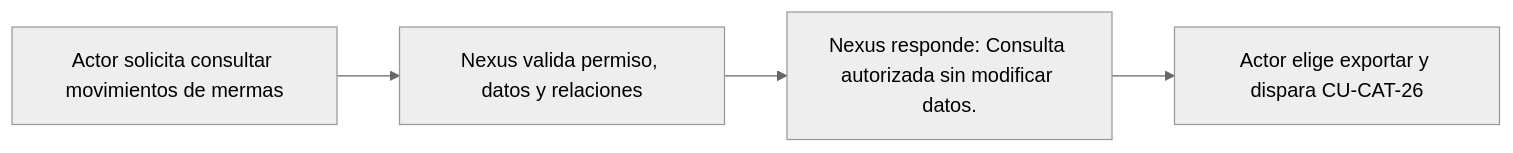
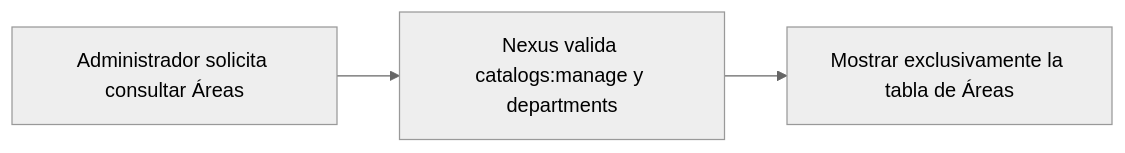
Before and after one commit to gpgsistemas01/nexus: the diagram in docs/requirements/diagrams/catalogs/cu-cat-25.md, drawn with Mermaid (neutral theme). The commit also changed other lines of this file and 207 other files, not shown here.

````diff
--- a/docs/requirements/diagrams/catalogs/cu-cat-25.md
+++ b/docs/requirements/diagrams/catalogs/cu-cat-25.md
@@ -3,6 +3,5 @@
 ```mermaid
 flowchart LR
-    request["Actor solicita consultar movimientos de mermas"] --> validate["Nexus valida permiso, datos y relaciones"]
-    validate --> result["Nexus responde: Consulta autorizada sin modificar datos."]
-    result --> report["Actor elige exportar y dispara CU-CAT-26"]
+    request["Administrador solicita consultar Áreas"] --> authorize["Nexus valida catalogs:manage y departments"]
+    authorize --> result["Mostrar exclusivamente la tabla de Áreas"]
 ```
````
